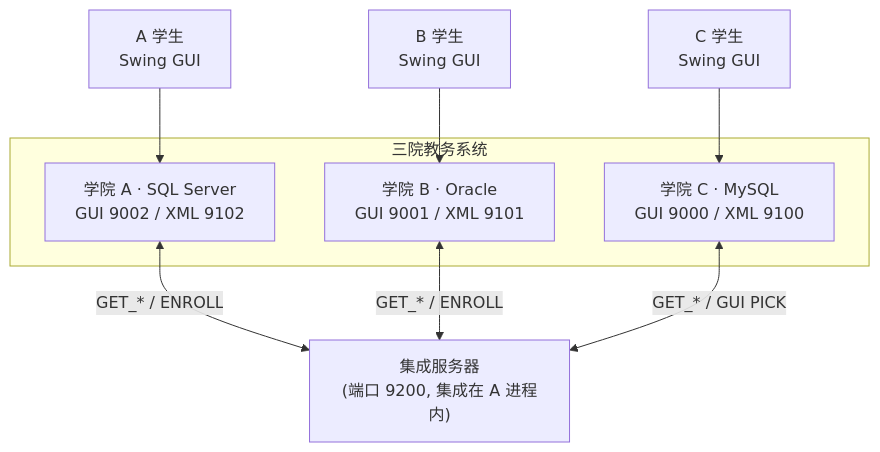
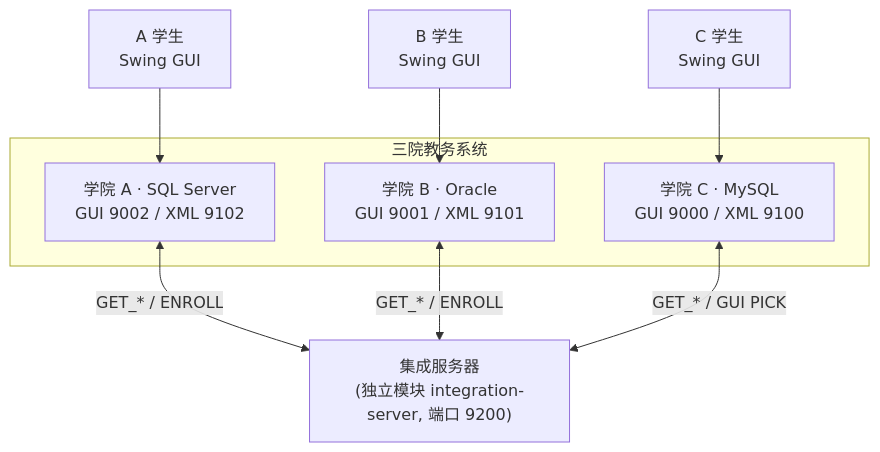
Before and after one commit to Yaelnju/integrated-edu: the fourth of 9 diagrams in docs/报告.md, drawn with Mermaid. The commit also changed other lines of this file and 42 other files, not shown here.

````diff
--- a/docs/报告.md
+++ b/docs/报告.md
@@ -96,15 +183,15 @@
 ```mermaid
 flowchart TB
     subgraph colleges [三院教务系统]
         A["学院 A · SQL Server<br/>GUI 9002 / XML 9102"]
         B["学院 B · Oracle<br/>GUI 9001 / XML 9101"]
         C["学院 C · MySQL<br/>GUI 9000 / XML 9100"]
     end
-    IS["集成服务器<br/>(端口 9200, 集成在 A 进程内)"]
+    IS["集成服务器<br/>(独立模块 integration-server, 端口 9200)"]
     A <-- GET_* / ENROLL --> IS
     B <-- GET_* / ENROLL --> IS
     C <-- GET_* / GUI PICK --> IS
     SBA["B 学生<br/>Swing GUI"] --> B
     SCA["C 学生<br/>Swing GUI"] --> C
     SAA["A 学生<br/>Swing GUI"] --> A
 ```
````
